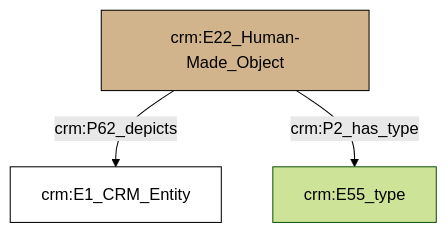
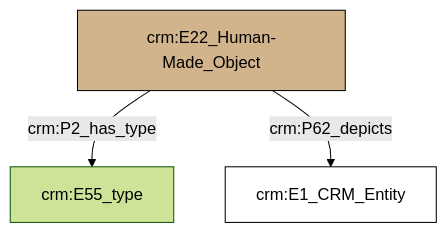
One commit to swiss-art-research-net/reference-data-models changed the diagram in et/builtWorkCSV/ttl/mmd/Built_Work_aboutness.ttl.mmd. Above: the diagram before and after it, drawn with Mermaid (forest theme). The commit also changed 127 other files, not shown here.

```diff
--- a/et/builtWorkCSV/ttl/mmd/Built_Work_aboutness.ttl.mmd
+++ b/et/builtWorkCSV/ttl/mmd/Built_Work_aboutness.ttl.mmd
@@ -1,17 +1,17 @@
 graph TD
 classDef Literal fill:#f2f2f2,stroke:#000000;
 classDef CRM_Entity fill:#FFFFFF,stroke:#000000;
 classDef Temporal_Entity fill:#00C9E6, stroke:#000000;
 classDef Type fill:#E18312, stroke:#000000;
 classDef Time-Span fill:#2C9C91, stroke:#000000;
 classDef Appellation fill:#FFEB7F, stroke:#000000;
 classDef Place fill:#008836, stroke:#000000;
 classDef Persistent_Item fill:#B266B2, stroke:#000000;
 classDef Conceptual_Object fill:#FFD700, stroke:#000000;
 classDef Physical_Thing fill:#D2B48C, stroke:#000000;
 classDef Actor fill:#f58aad, stroke:#000000;
 classDef PC_Classes fill:#4ce600, stroke:#000000;
 classDef Multi fill:#cccccc,stroke:#000000;
 
-4["crm:E22_Human-Made_Object"]:::Physical_Thing -->|crm:P62_depicts| 0["crm:E1_CRM_Entity"]:::CRM_Entity
-4["crm:E22_Human-Made_Object"]:::Physical_Thing -->|crm:P2_has_type| 2["crm:E55_type"]:::Default
+0["crm:E22_Human-Made_Object"]:::Physical_Thing -->|crm:P2_has_type| 1["crm:E55_type"]:::Default
+0["crm:E22_Human-Made_Object"]:::Physical_Thing -->|crm:P62_depicts| 4["crm:E1_CRM_Entity"]:::CRM_Entity
```
